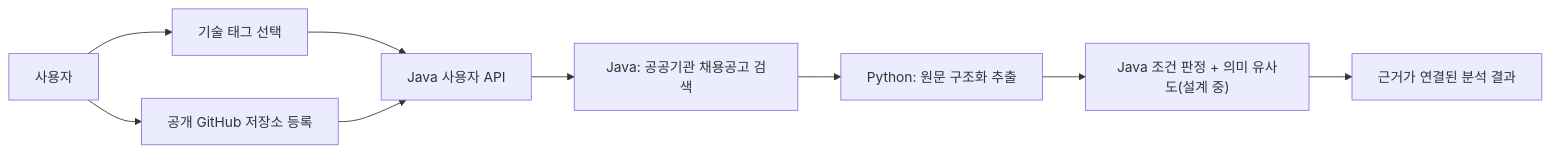
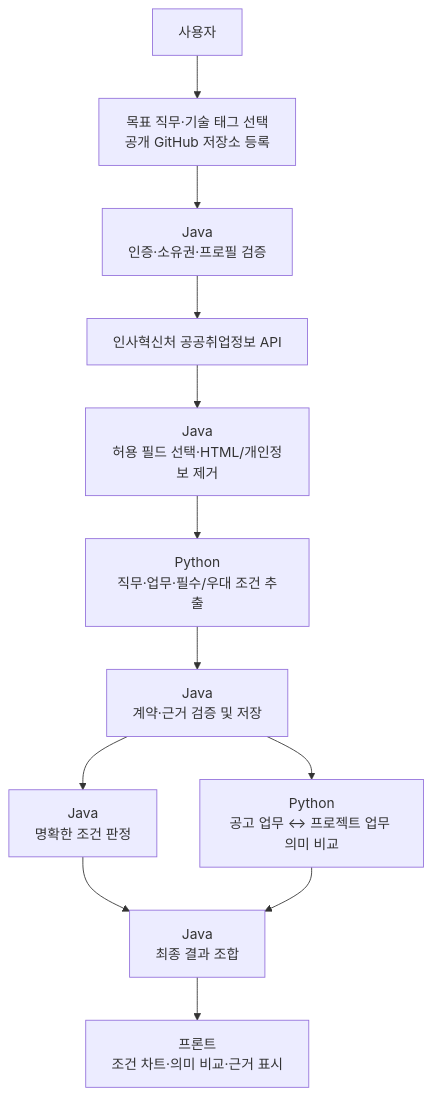
Before and after one commit to hwang67120-bit/career-compass-ai: the diagram in README.md, drawn with Mermaid. The commit also changed other lines of this file, not shown here.

Commit message:
docs: 프로젝트 비즈니스 흐름 README 개편

````diff
--- a/README.md
+++ b/README.md
@@ -16,11 +41,14 @@
 ```mermaid
-flowchart LR
-    USER["사용자"] --> TAG["기술 태그 선택"]
-    USER --> GITHUB["공개 GitHub 저장소 등록"]
-    TAG --> JAVA["Java 사용자 API"]
-    GITHUB --> JAVA
-    JAVA --> JOB["Java: 공공기관 채용공고 검색"]
-    JOB --> PYTHON["Python: 원문 구조화 추출"]
-    PYTHON --> RULE["Java 조건 판정 + 의미 유사도(설계 중)"]
-    RULE --> RESULT["근거가 연결된 분석 결과"]
+flowchart TD
+    USER["사용자"] --> INPUT["목표 직무·기술 태그 선택<br/>공개 GitHub 저장소 등록"]
+    INPUT --> JAVA["Java<br/>인증·소유권·프로필 검증"]
+    JAVA --> API["인사혁신처 공공취업정보 API"]
+    API --> FILTER["Java<br/>허용 필드 선택·HTML/개인정보 제거"]
+    FILTER --> EXTRACT["Python<br/>직무·업무·필수/우대 조건 추출"]
+    EXTRACT --> EVIDENCE["Java<br/>계약·근거 검증 및 저장"]
+    EVIDENCE --> RULE["Java<br/>명확한 조건 판정"]
+    EVIDENCE --> SEMANTIC["Python<br/>공고 업무 ↔ 프로젝트 업무 의미 비교"]
+    RULE --> RESULT["Java<br/>최종 결과 조합"]
+    SEMANTIC --> RESULT
+    RESULT --> UI["프론트<br/>조건 차트·의미 비교·근거 표시"]
 ```
````
